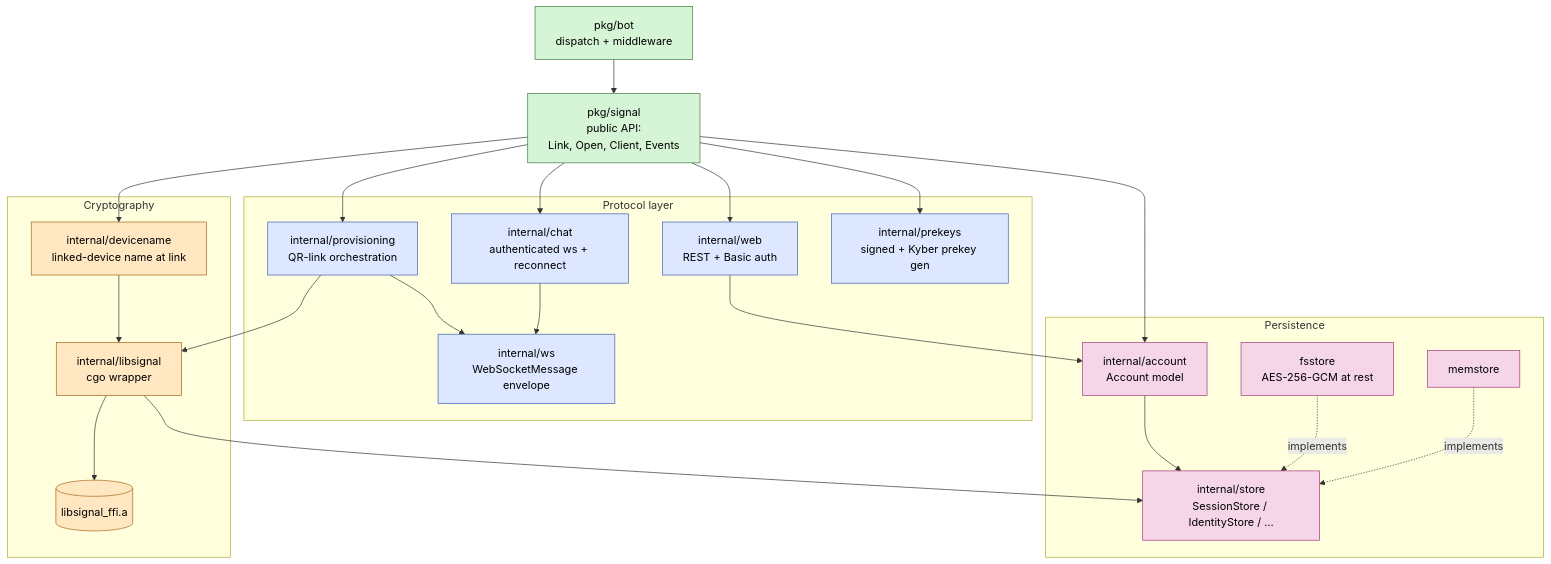
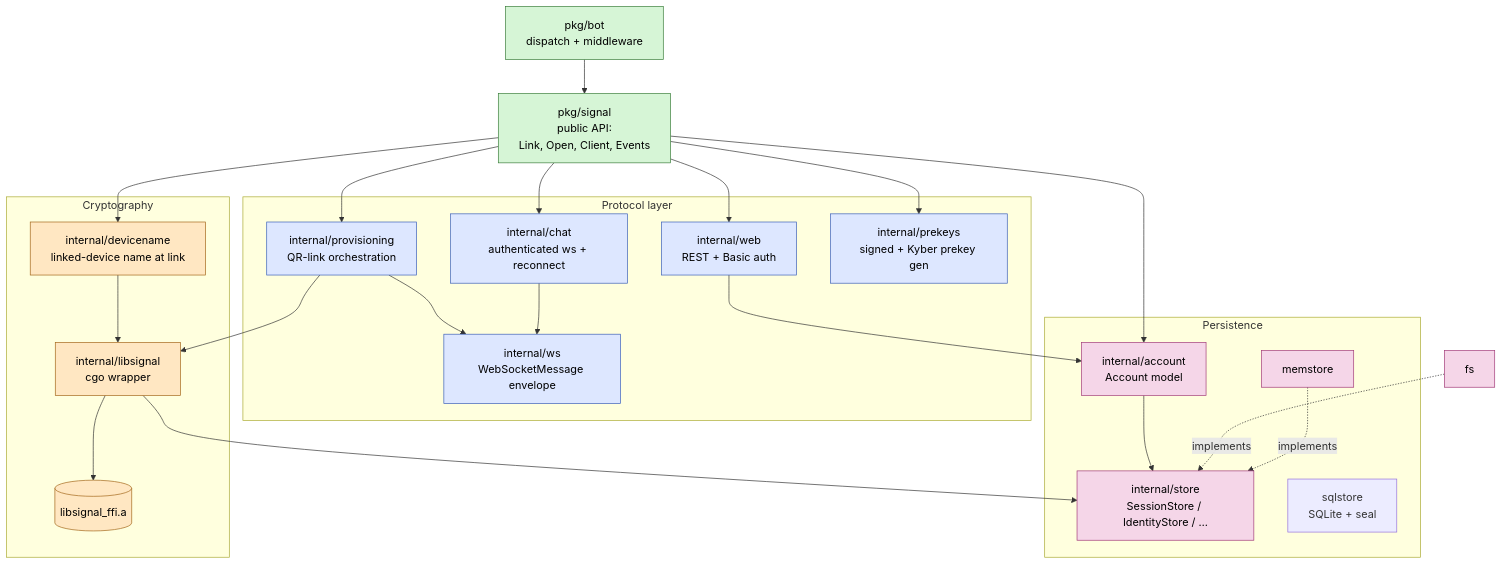
One commit to thehappydinoa/signal-go changed the diagram in docs/diagrams/architecture.md. Above: the diagram before and after it, drawn with Mermaid. The commit also changed 26 other files, not shown here.

First line of the commit message:
Remove fsstore; unify persistence on sqlstore and seal

````diff
--- a/docs/diagrams/architecture.md
+++ b/docs/diagrams/architecture.md
@@ -8,53 +8,53 @@
 ```mermaid
 flowchart TB
     bot[pkg/bot<br/>dispatch + middleware]
     sig[pkg/signal<br/>public API:<br/>Link, Open, Client, Events]
 
     subgraph protocol [Protocol layer]
         prov[internal/provisioning<br/>QR-link orchestration]
         chat[internal/chat<br/>authenticated ws + reconnect]
         web[internal/web<br/>REST + Basic auth]
         ws[internal/ws<br/>WebSocketMessage envelope]
         prekeys[internal/prekeys<br/>signed + Kyber prekey gen]
     end
 
     subgraph crypto [Cryptography]
         ls[internal/libsignal<br/>cgo wrapper]
         dn[internal/devicename<br/>linked-device name at link]
         ffi[(libsignal_ffi.a)]
     end
 
     subgraph storage [Persistence]
         account[internal/account<br/>Account model]
         store[internal/store<br/>SessionStore / IdentityStore / …]
-        fs[fsstore<br/>AES-256-GCM at rest]
+        sql[sqlstore<br/>SQLite + seal]
         mem[memstore]
     end
 
     bot --> sig
     sig --> prov
     sig --> chat
     sig --> web
     sig --> account
     sig --> prekeys
     sig --> dn
     prov --> ws
     prov --> ls
     dn --> ls
     chat --> ws
     web --> account
     ls --> ffi
     ls --> store
     account --> store
     fs -. implements .-> store
     mem -. implements .-> store
 
     classDef pub fill:#d6f5d6,stroke:#3a7d3a,color:#000;
     classDef proto fill:#dde7ff,stroke:#3a5fb8,color:#000;
     classDef cry fill:#ffe7c2,stroke:#a3661a,color:#000;
     classDef per fill:#f5d6e8,stroke:#a13a78,color:#000;
     class bot,sig pub;
     class prov,chat,web,ws,prekeys proto;
     class ls,dn,ffi cry;
     class store,fs,mem,account per;
 ```
````
